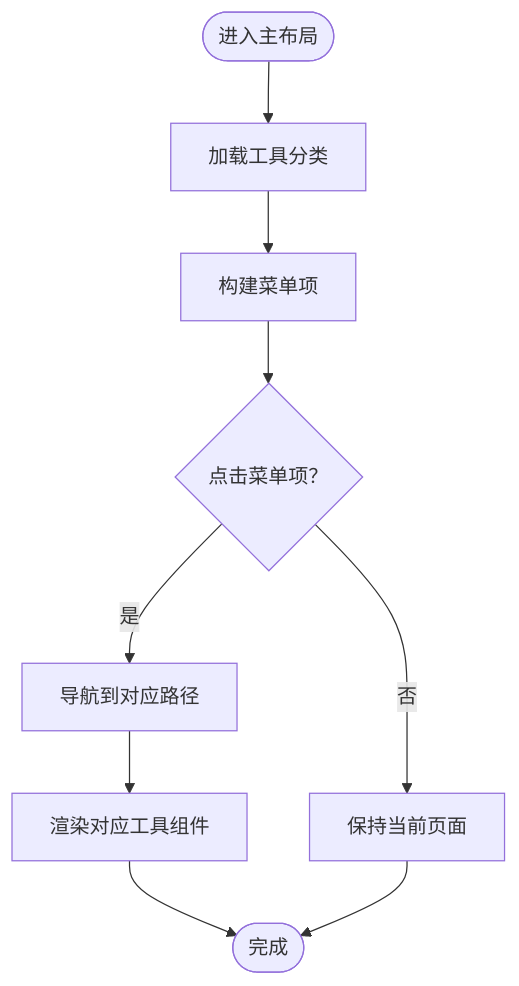
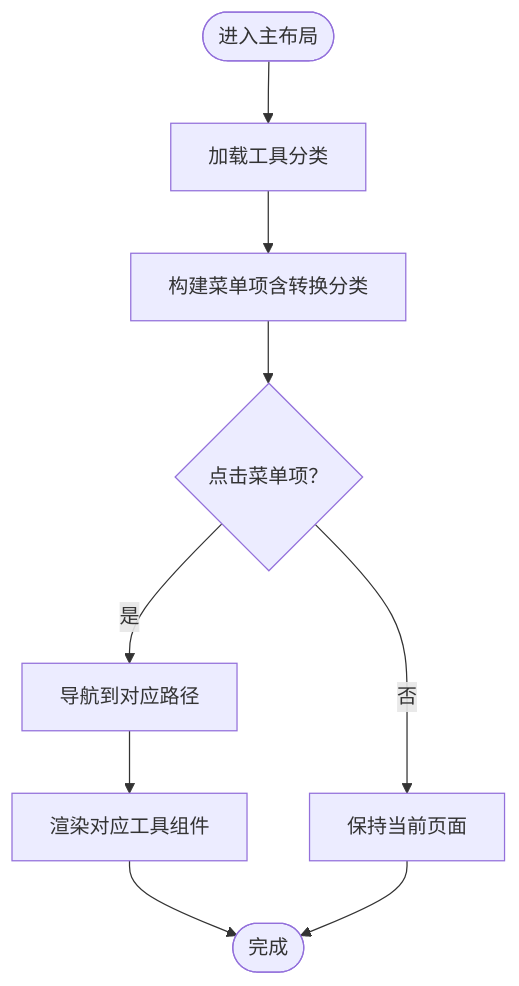
Before and after one commit to xkdaq/XKUtil: the fifth of 10 diagrams in .qoder/repowiki/zh/content/开发指南/开发指南.md, drawn with Mermaid. The commit also changed other lines of this file and 3 other files, not shown here.

````diff
--- a/.qoder/repowiki/zh/content/开发指南/开发指南.md
+++ b/.qoder/repowiki/zh/content/开发指南/开发指南.md
@@ -205,11 +223,11 @@
 ```mermaid
 flowchart TD
 Start(["进入主布局"]) --> LoadCats["加载工具分类"]
-LoadCats --> BuildMenu["构建菜单项"]
+LoadCats --> BuildMenu["构建菜单项含转换分类"]
 BuildMenu --> ClickItem{"点击菜单项？"}
 ClickItem --> |是| Navigate["导航到对应路径"]
 ClickItem --> |否| Stay["保持当前页面"]
 Navigate --> RenderTool["渲染对应工具组件"]
 RenderTool --> End(["完成"])
 Stay --> End
 ```
````
